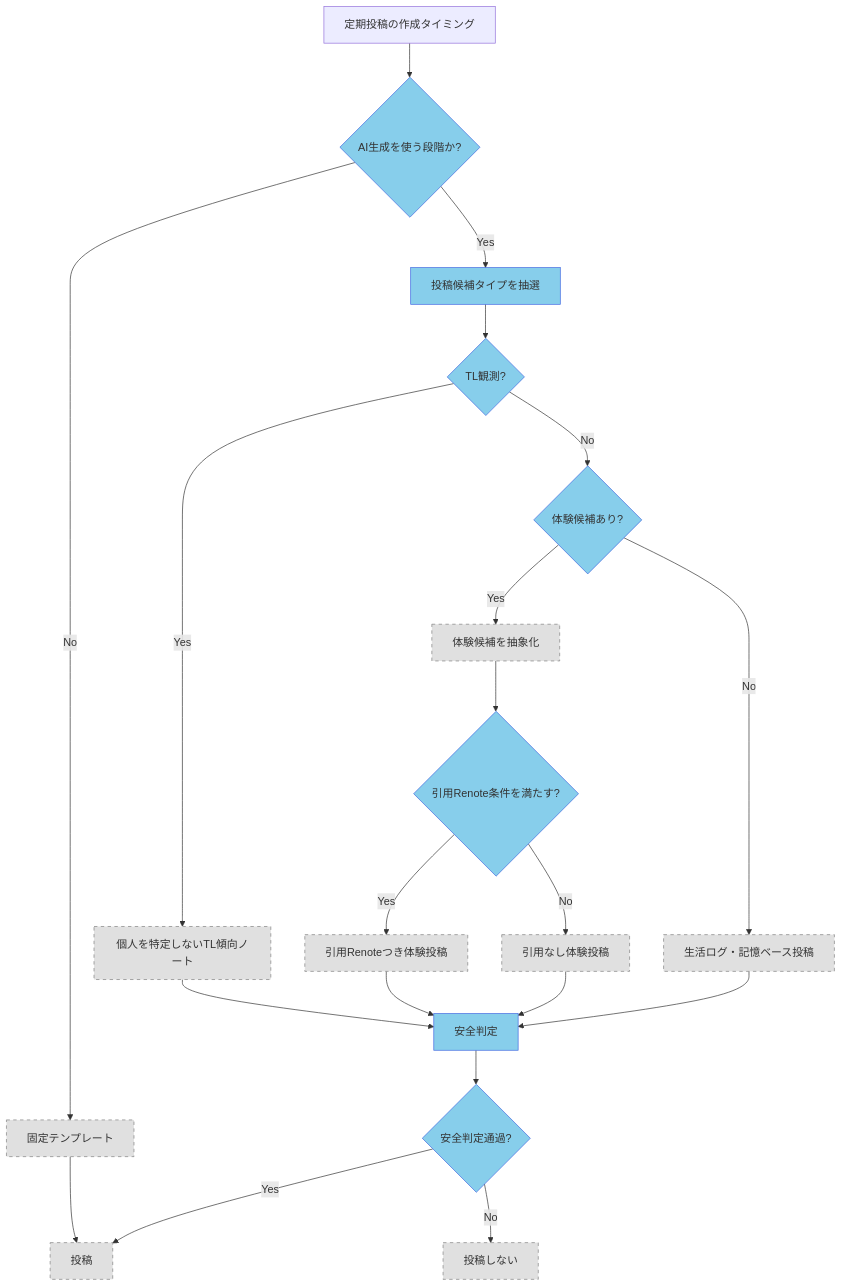
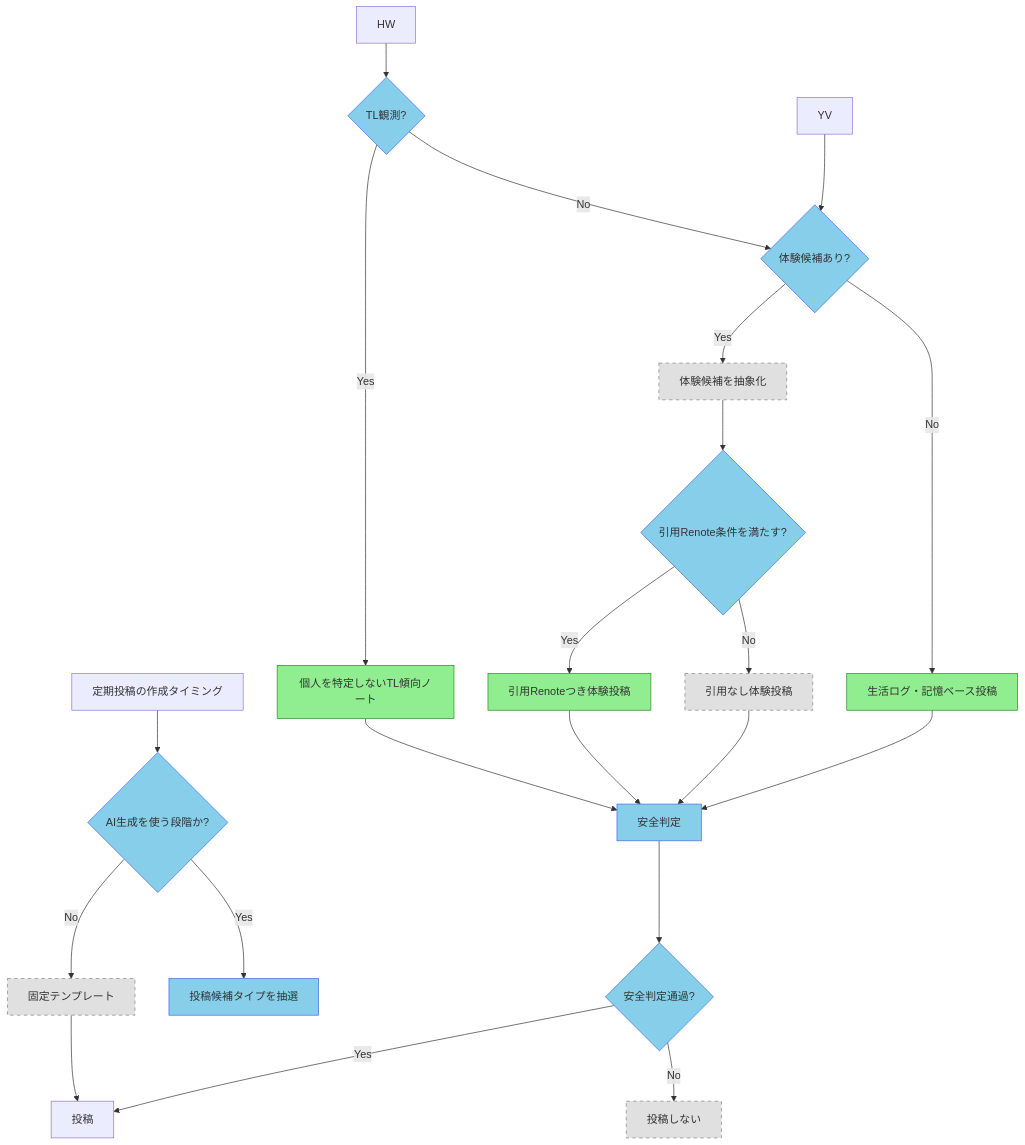
The third of 3 diagrams in docs/spec/posting-content-rules.md (rohto4/io-bot-soul), drawn with Mermaid before and after one commit. The commit also changed other lines of this file and 17 other files, not shown here.

First line of the commit message:
action-flow-v2実装: 独立ガチャ・TL参照モード・体験候補蓄積土台

````diff
--- a/docs/spec/posting-content-rules.md
+++ b/docs/spec/posting-content-rules.md
@@ -96,27 +93,29 @@
 ```mermaid
 flowchart TD
     A[定期投稿の作成タイミング] --> B{AI生成を使う段階か?}:::decision
     B -- No --> C[固定テンプレート]:::pending
     B -- Yes --> D[投稿候補タイプを抽選]:::decision
-    D --> E{TL観測?}:::decision
-    E -- Yes --> F[個人を特定しないTL傾向ノート]:::pending
+    HW --> E{TL観測?}:::decision
+    E -- Yes --> F[個人を特定しないTL傾向ノート]:::implemented
     E -- No --> G{体験候補あり?}:::decision
     G -- Yes --> H[体験候補を抽象化]:::pending
     H --> I{引用Renote条件を満たす?}:::decision
-    I -- Yes --> J[引用Renoteつき体験投稿]:::pending
+    I -- Yes --> J[引用Renoteつき体験投稿]:::implemented
     I -- No --> K[引用なし体験投稿]:::pending
-    G -- No --> L[生活ログ・記憶ベース投稿]:::pending
+    YV --> G -- No --> L[生活ログ・記憶ベース投稿]:::implemented
     F --> M[安全判定]
     J --> M
     K --> M
     L --> M
     C --> N[投稿]
     M --> O{安全判定通過?}:::decision
     O -- Yes --> N
     O -- No --> P[投稿しない]
 
     classDef pending fill:#E0E0E0,stroke:#808080,stroke-dasharray: 5 5
+    classDef implemented fill:#90EE90,stroke:#228B22
     classDef decision fill:#87CEEB,stroke:#4169E1
-    class C,F,H,J,K,L,N,P pending
+    class C,H,K,P pending
+    class F,J,L implemented
     class B,D,E,G,I,M,O decision
 ```
````
